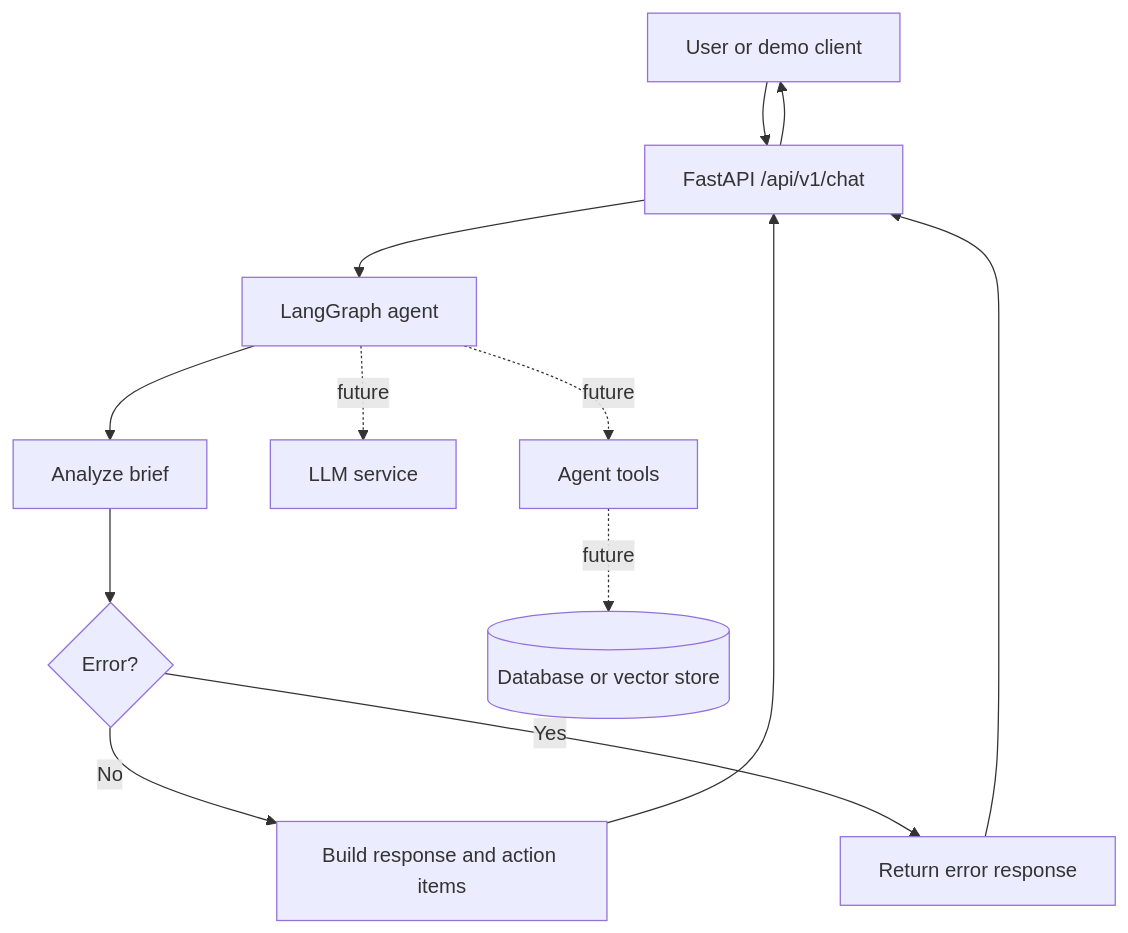
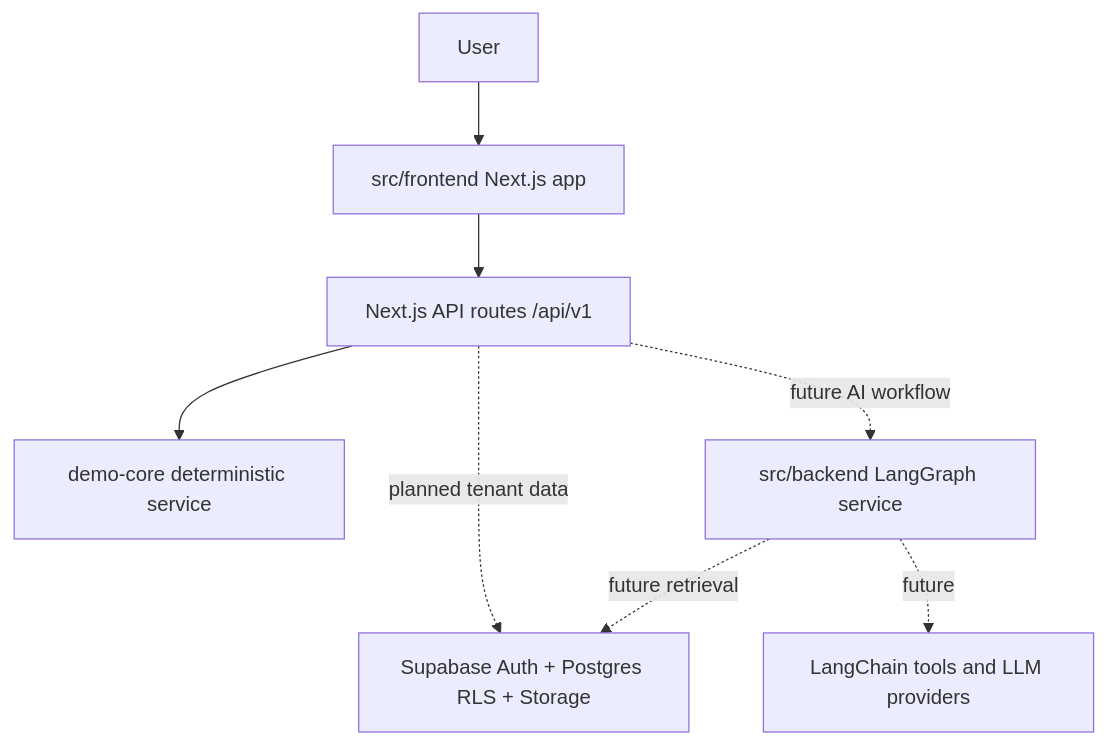
One commit to minhhai203/hackathon-codex-track-1 changed the diagram in docs/architecture_diagram.md. Above: the diagram before and after it, drawn with Mermaid. The commit also changed 51 other files, not shown here.

Commit message:
feat: scaffold Next.js frontend with demo API routes and update repository architecture documentation

````diff
--- a/docs/architecture_diagram.md
+++ b/docs/architecture_diagram.md
@@ -3,16 +3,10 @@
 ```mermaid
 flowchart TD
-    U[User or demo client] --> API[FastAPI /api/v1/chat]
-    API --> G[LangGraph agent]
-    G --> A[Analyze brief]
-    A --> D{Error?}
-    D -->|No| R[Build response and action items]
-    D -->|Yes| E[Return error response]
-    R --> API
-    E --> API
-    API --> U
-
-    G -. future .-> LLM[LLM service]
-    G -. future .-> Tools[Agent tools]
-    Tools -. future .-> Data[(Database or vector store)]
+    U[User] --> FE[src/frontend Next.js app]
+    FE --> API[Next.js API routes /api/v1]
+    API --> Demo[demo-core deterministic service]
+    API -. planned tenant data .-> SB[Supabase Auth + Postgres RLS + Storage]
+    API -. future AI workflow .-> Agent[src/backend LangGraph service]
+    Agent -. future .-> LC[LangChain tools and LLM providers]
+    Agent -. future retrieval .-> SB
 ```
````
